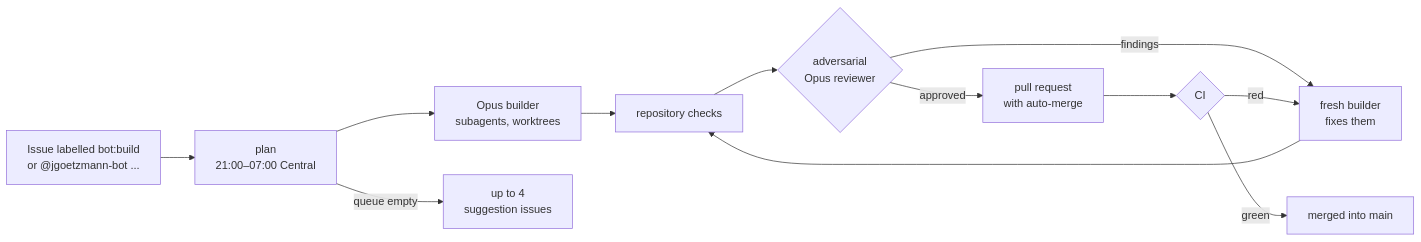
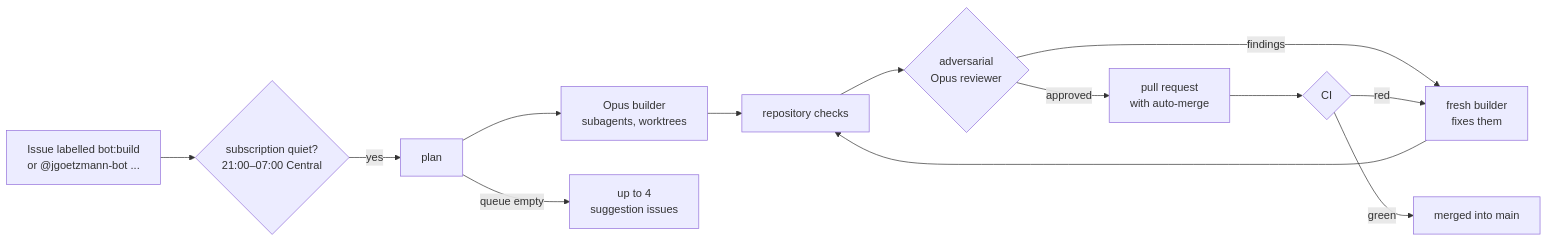
The diagram in README.md (Jlore-Studios/JackiOh), drawn with Mermaid before and after one commit. The commit also changed other lines of this file and 11 other files, not shown here.

First line of the commit message:
The night bot starts only when nobody else is using the Claude subscription, and runs alongside bright-bots-harness

````diff
--- a/README.md
+++ b/README.md
@@ -39,13 +42,14 @@
 ```mermaid
 flowchart LR
-  A["Issue labelled bot:build<br/>or @jgoetzmann-bot ..."] --> B["plan<br/>21:00–07:00 Central"]
+  A["Issue labelled bot:build<br/>or @jgoetzmann-bot ..."] --> Q{"subscription quiet?<br/>21:00–07:00 Central"}
+  Q -- "yes" --> B["plan"]
   B --> C["Opus builder<br/>subagents, worktrees"]
   C --> D["repository checks"]
   D --> E{"adversarial<br/>Opus reviewer"}
   E -- "findings" --> F["fresh builder<br/>fixes them"] --> D
   E -- "approved" --> G["pull request<br/>with auto-merge"]
   G --> H{"CI"}
   H -- "green" --> I["merged into main"]
   H -- "red" --> F
   B -- "queue empty" --> J["up to 4<br/>suggestion issues"]
 ```
````
